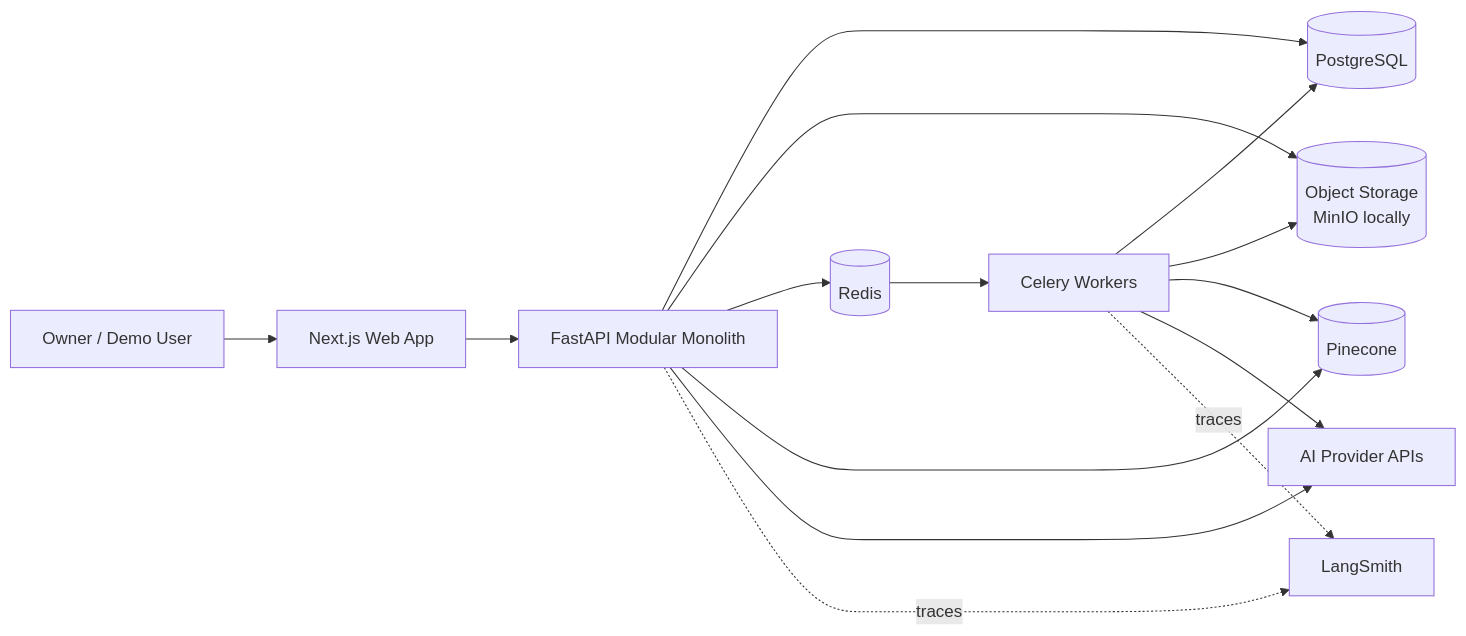
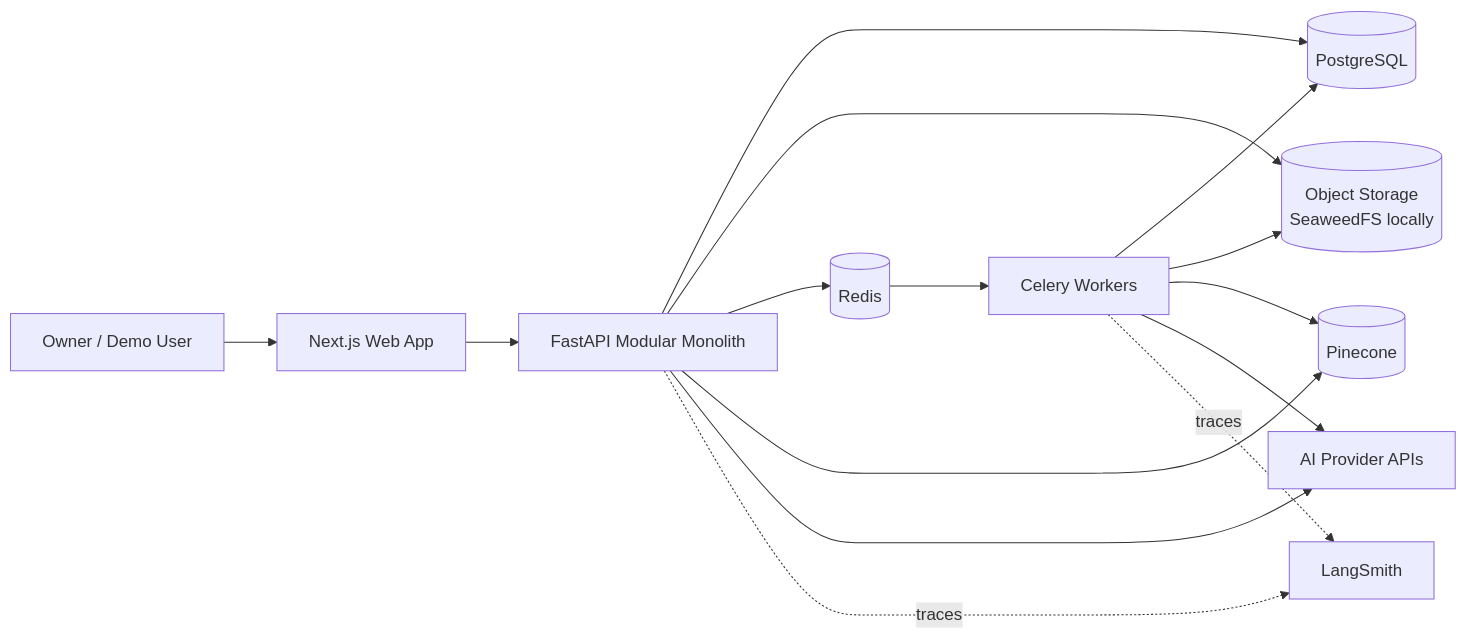
One commit to rnkraus/investment-research changed the first of 4 diagrams in docs/02-system-design.md. Above: the diagram before and after it, drawn with Mermaid. The commit also changed other lines of this file and 7 other files, not shown here.

Commit message:
docs: select SeaweedFS for local object storage

````diff
--- a/docs/02-system-design.md
+++ b/docs/02-system-design.md
@@ -23,20 +23,20 @@
 ```mermaid
 flowchart LR
     USER[Owner / Demo User] --> WEB[Next.js Web App]
     WEB --> API[FastAPI Modular Monolith]
 
     API --> PG[(PostgreSQL)]
-    API --> S3[(Object Storage<br/>MinIO locally)]
+    API --> S3[(Object Storage<br/>SeaweedFS locally)]
     API --> REDIS[(Redis)]
     API --> PINE[(Pinecone)]
     API --> AI[AI Provider APIs]
 
     REDIS --> WORKER[Celery Workers]
     WORKER --> PG
     WORKER --> S3
     WORKER --> PINE
     WORKER --> AI
 
     API -. traces .-> LS[LangSmith]
     WORKER -. traces .-> LS
 ```
````
